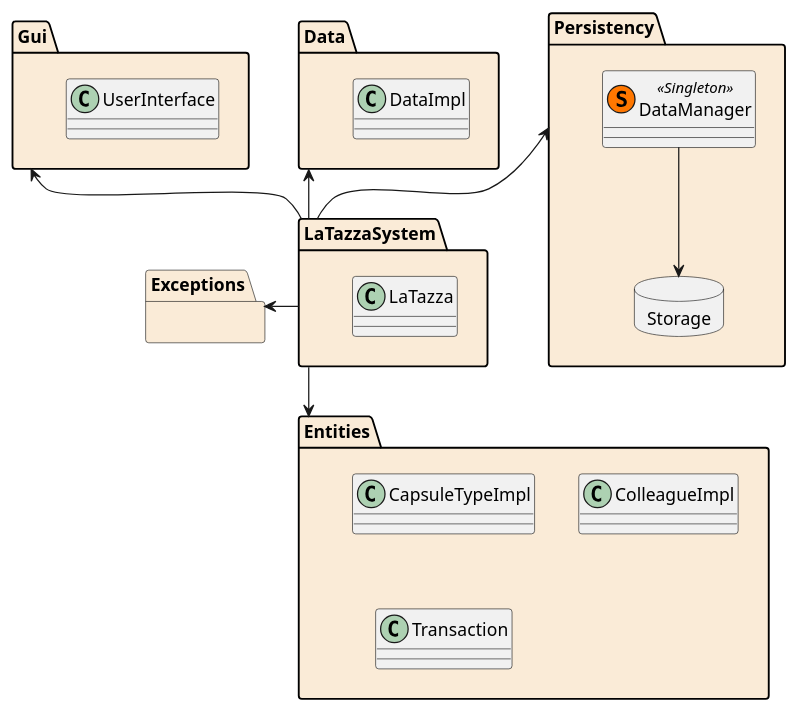
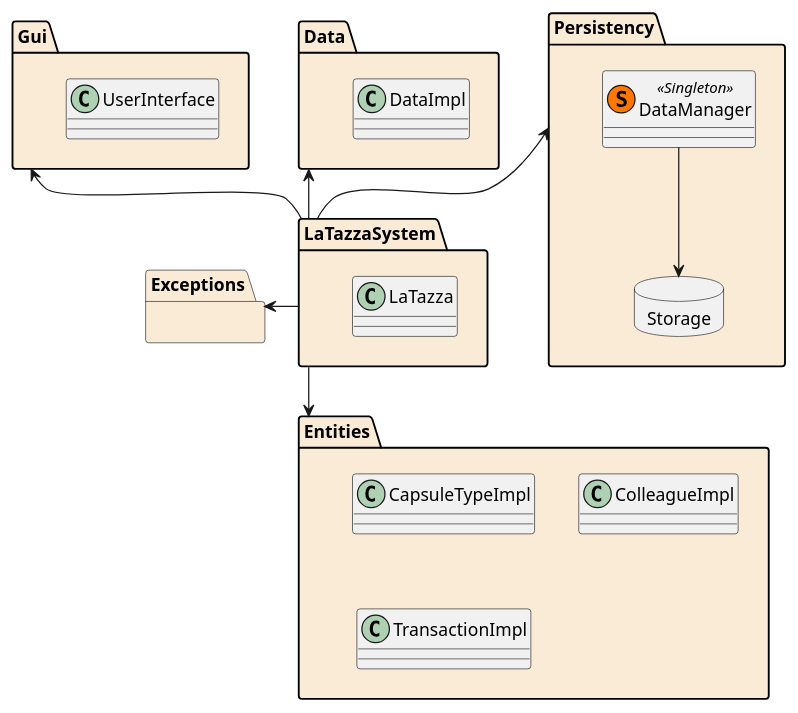
Before and after one commit to s41m0n/LaTazza: the first of 4 diagrams in DesignDocument.md, drawn with PlantUML. The commit also changed other lines of this file, not shown here.

````diff
--- a/DesignDocument.md
+++ b/DesignDocument.md
@@ -18,39 +18,39 @@
 ``` plantuml
 @startuml
 skinparam PackageBackgroundColor AntiqueWhite
 
 package "Gui" {
   class UserInterface
 }
 
 package "LaTazzaSystem" {
   class LaTazza
 }
 
 package "Persistency" {
   class DataManager << (S,#FF7700) Singleton >>
   
   package "Storage" <<Database>> {
   }
 }
 
 package "Exceptions" {}
 
 package "Entities" {
   class CapsuleTypeImpl
   class ColleagueImpl
-  class Transaction
+  class TransactionImpl
 }
 
 package "Data" {
   class DataImpl
 }
 
 Gui <-- LaTazzaSystem
 Data <-- LaTazzaSystem
 Exceptions <- LaTazzaSystem
 LaTazzaSystem --> Entities
 Persistency <-- LaTazzaSystem
 DataManager --> Storage
 @enduml
 ```
````
